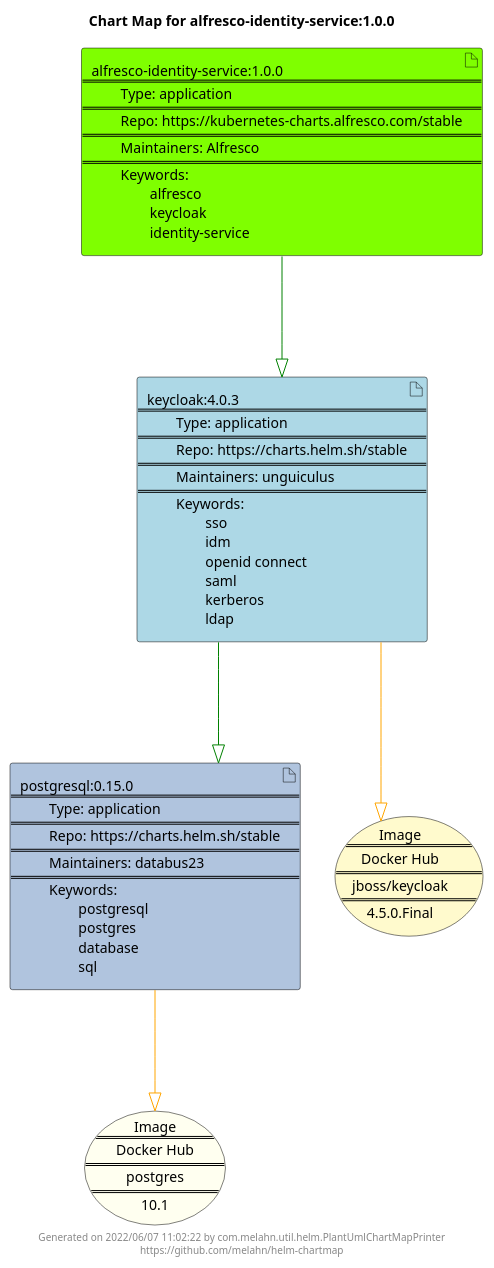
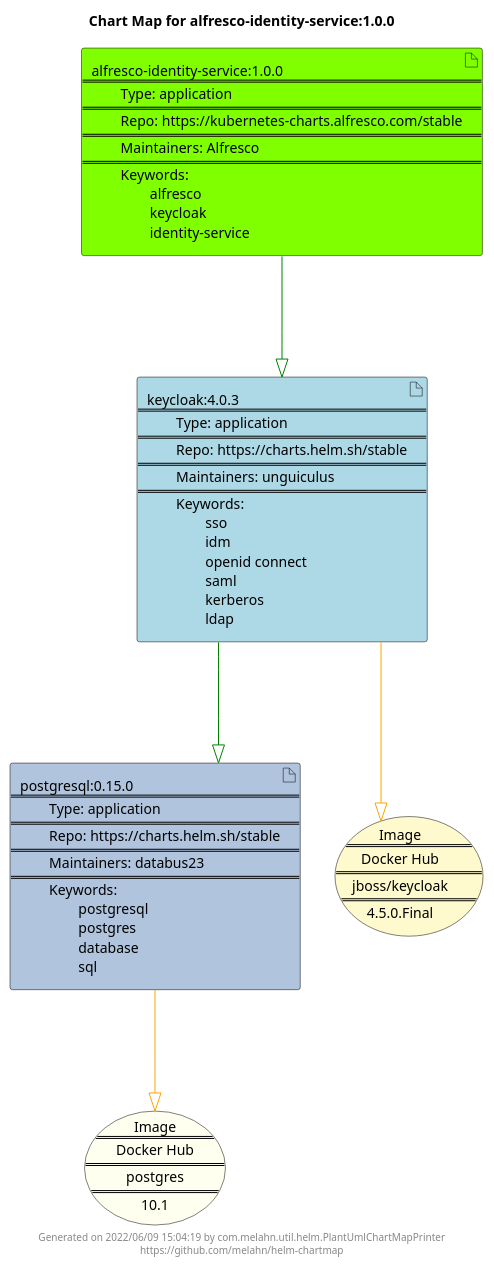
Before and after one commit to melahn/helm-chartmap: the diagram in docs/alfresco-identity-service/alfresco-identity-service-1.0.0.puml, drawn with PlantUML. The commit also changed 60 other files, not shown here.

Commit message:
Update Example Chart Maps as part of GitHub build

```diff
--- a/docs/alfresco-identity-service/alfresco-identity-service-1.0.0.puml
+++ b/docs/alfresco-identity-service/alfresco-identity-service-1.0.0.puml
@@ -1,27 +1,27 @@
 @startuml
 skinparam linetype ortho
 skinparam backgroundColor white
 skinparam usecaseBorderColor black
 skinparam usecaseArrowColor LightSlateGray
 skinparam artifactBorderColor black
 skinparam artifactArrowColor LightSlateGray
 
 title Chart Map for alfresco-identity-service:1.0.0
 
 'There are 3 referenced Helm Charts
 artifact "keycloak:4.0.3\n====\n\tType: application\n====\n\tRepo: https://charts.helm.sh/stable\n====\n\tMaintainers: unguiculus\n====\n\tKeywords: \n\t\tsso\n\t\tidm\n\t\topenid connect\n\t\tsaml\n\t\tkerberos\n\t\tldap" as keycloak_4_0_3 #LightBlue
 artifact "alfresco-identity-service:1.0.0\n====\n\tType: application\n====\n\tRepo: https://kubernetes-charts.alfresco.com/stable\n====\n\tMaintainers: Alfresco\n====\n\tKeywords: \n\t\talfresco\n\t\tkeycloak\n\t\tidentity-service" as alfresco_identity_service_1_0_0 #Chartreuse
 artifact "postgresql:0.15.0\n====\n\tType: application\n====\n\tRepo: https://charts.helm.sh/stable\n====\n\tMaintainers: databus23\n====\n\tKeywords: \n\t\tpostgresql\n\t\tpostgres\n\t\tdatabase\n\t\tsql" as postgresql_0_15_0 #LightSteelBlue
 
 'There are 2 referenced Docker Images
 usecase "Image\n====\nDocker Hub\n====\npostgres\n====\n10.1" as postgres_10_1 #Ivory
 usecase "Image\n====\nDocker Hub\n====\njboss/keycloak\n====\n4.5.0.Final" as jboss_keycloak_4_5_0_Final #LemonChiffon
 
 'Chart Dependencies
 alfresco_identity_service_1_0_0--[#green]-|>keycloak_4_0_3
 keycloak_4_0_3--[#green]-|>postgresql_0_15_0
 keycloak_4_0_3--[#orange]-|>jboss_keycloak_4_5_0_Final
 postgresql_0_15_0--[#orange]-|>postgres_10_1
 
-center footer Generated on 2022/06/07 11:02:22 by com.melahn.util.helm.PlantUmlChartMapPrinter\nhttps://github.com/melahn/helm-chartmap
+center footer Generated on 2022/06/09 15:04:19 by com.melahn.util.helm.PlantUmlChartMapPrinter\nhttps://github.com/melahn/helm-chartmap
 @enduml
```
